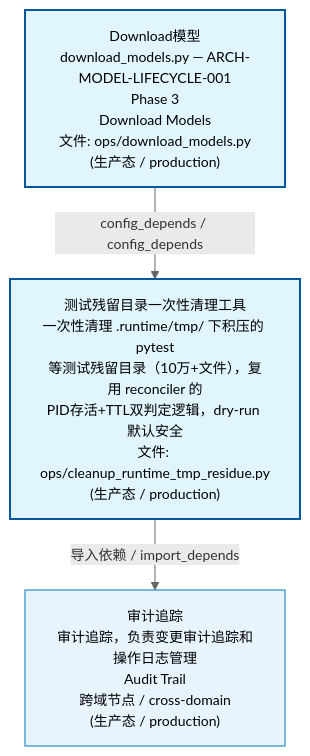
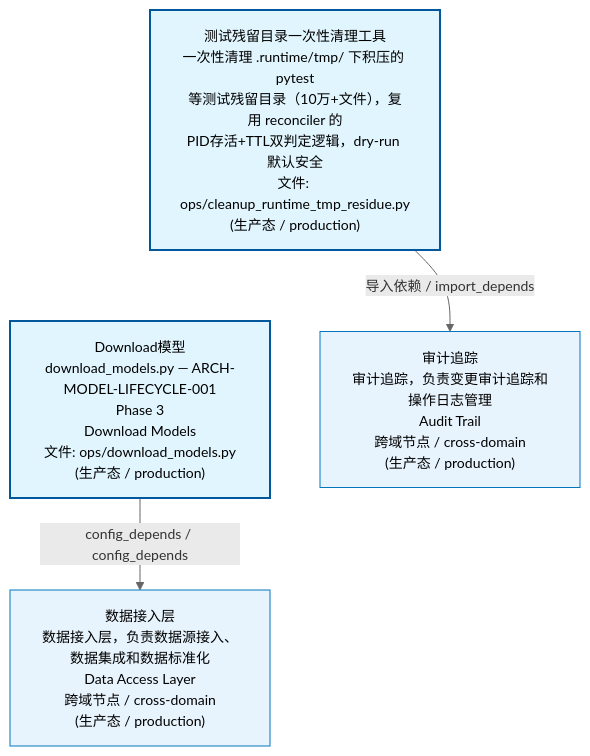
One commit to xuanFelixVan/ZephyrAlpha changed the first of 3 diagrams in docs/02_enterprise_architecture/02_domain_architecture_docs/04_d_infra_ops.md. Above: the diagram before and after it, drawn with Mermaid. The commit also changed other lines of this file and 46 other files, not shown here.

````diff
--- a/docs/02_enterprise_architecture/02_domain_architecture_docs/04_d_infra_ops.md
+++ b/docs/02_enterprise_architecture/02_domain_architecture_docs/04_d_infra_ops.md
@@ -53,15 +53,17 @@
 ```mermaid
 %%{init: {'theme': 'base', 'themeVariables': {'primaryColor': '#eaeaea', 'primaryTextColor': '#333333', 'primaryBorderColor': '#666666', 'lineColor': '#666666', 'secondaryColor': '#eaeaea', 'tertiaryColor': '#eaeaea', 'fontSize': '14px'}}}%%
 flowchart TD
+    scripts_ops_cleanup_runtime_tmp_residue_py["测试残留目录一次性清理工具<br/>一次性清理 .runtime/tmp/ 下积压的 pytest<br/>等测试残留目录（10万+文件），复用 reconciler 的<br/>PID存活+TTL双判定逻辑，dry-run 默认安全<br/>文件: ops/cleanup_runtime_tmp_residue.py<br/>(生产态 / production)"]
     scripts_ops_download_models_py["Download模型<br/>download_models.py — ARCH-MODEL-LIFECYCLE-001<br/>Phase 3<br/>Download Models<br/>文件: ops/download_models.py<br/>(生产态 / production)"]
-    scripts_ops_cleanup_runtime_tmp_residue_py["测试残留目录一次性清理工具<br/>一次性清理 .runtime/tmp/ 下积压的 pytest<br/>等测试残留目录（10万+文件），复用 reconciler 的<br/>PID存活+TTL双判定逻辑，dry-run 默认安全<br/>文件: ops/cleanup_runtime_tmp_residue.py<br/>(生产态 / production)"]
-    scripts_ops_download_models_py -->|config_depends / config_depends| scripts_ops_cleanup_runtime_tmp_residue_py
+    scripts_ops_cleanup_runtime_tmp_residue_py ~~~ scripts_ops_download_models_py
+    D_DATA["数据接入层<br/>数据接入层，负责数据源接入、数据集成和数据标准化<br/>Data Access Layer<br/>跨域节点 / cross-domain<br/>(生产态 / production)"]
+    scripts_ops_download_models_py -->|config_depends / config_depends| D_DATA
     D_GOV_AUDIT["审计追踪<br/>审计追踪，负责变更审计追踪和操作日志管理<br/>Audit Trail<br/>跨域节点 / cross-domain<br/>(生产态 / production)"]
     scripts_ops_cleanup_runtime_tmp_residue_py -->|导入依赖 / import_depends| D_GOV_AUDIT
     classDef production fill:#e1f5fe,stroke:#01579b,stroke-width:2px,color:#000
     classDef design fill:#fff3e0,stroke:#e65100,stroke-width:2px,color:#000,stroke-dasharray: 5 5
     classDef external_prod fill:#e8f4fd,stroke:#0277bd,stroke-width:1px,color:#000
     classDef external_design fill:#fff8e7,stroke:#ef6c00,stroke-width:1px,color:#000,stroke-dasharray: 5 5
     class scripts_ops_cleanup_runtime_tmp_residue_py,scripts_ops_download_models_py production
-    class D_GOV_AUDIT external_prod
+    class D_DATA,D_GOV_AUDIT external_prod
 ```
````
